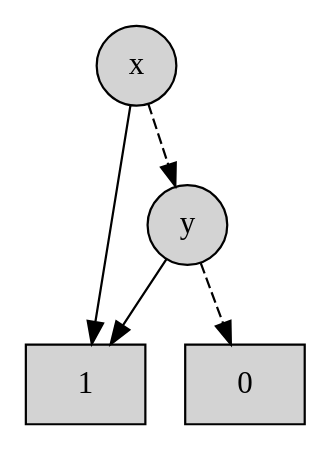
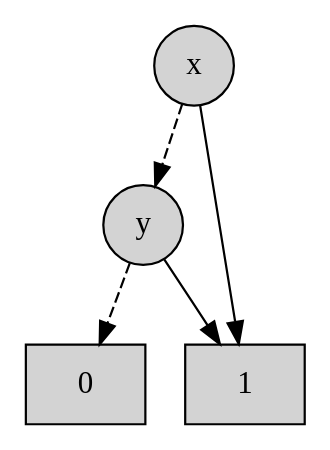
The diagram in samples/expression_bdd_dot/or_xy.dot (Alan-Jowett/dagir), drawn with Graphviz before and after one commit. The commit also changed 86 other files, not shown here.

```diff
--- a/samples/expression_bdd_dot/or_xy.dot
+++ b/samples/expression_bdd_dot/or_xy.dot
@@ -1,11 +1,11 @@
 digraph bdd {
   rankdir=TB;
-  "node3" [label = "0", style = "filled", name = "node3", shape = "box", fillcolor = "lightgray"];
-  "node4" [label = "1", style = "filled", name = "node4", shape = "box", fillcolor = "lightgray"];
-  "x" [label = "x", style = "filled", name = "x", shape = "circle"];
-  "y" [label = "y", style = "filled", name = "y", shape = "circle"];
-  "x" -> "node4" [style = "solid"];
-  "x" -> "y" [style = "dashed"];
-  "y" -> "node3" [style = "dashed"];
-  "y" -> "node4" [style = "solid"];
+  "node000" [label = "x", style = "filled", name = "node000", shape = "circle"];
+  "node001" [label = "y", style = "filled", name = "node001", shape = "circle"];
+  "node002" [label = "0", style = "filled", name = "node002", shape = "box", fillcolor = "lightgray"];
+  "node003" [label = "1", style = "filled", name = "node003", shape = "box", fillcolor = "lightgray"];
+  "node000" -> "node001" [style = "dashed"];
+  "node000" -> "node003" [style = "solid"];
+  "node001" -> "node002" [style = "dashed"];
+  "node001" -> "node003" [style = "solid"];
 }
```
